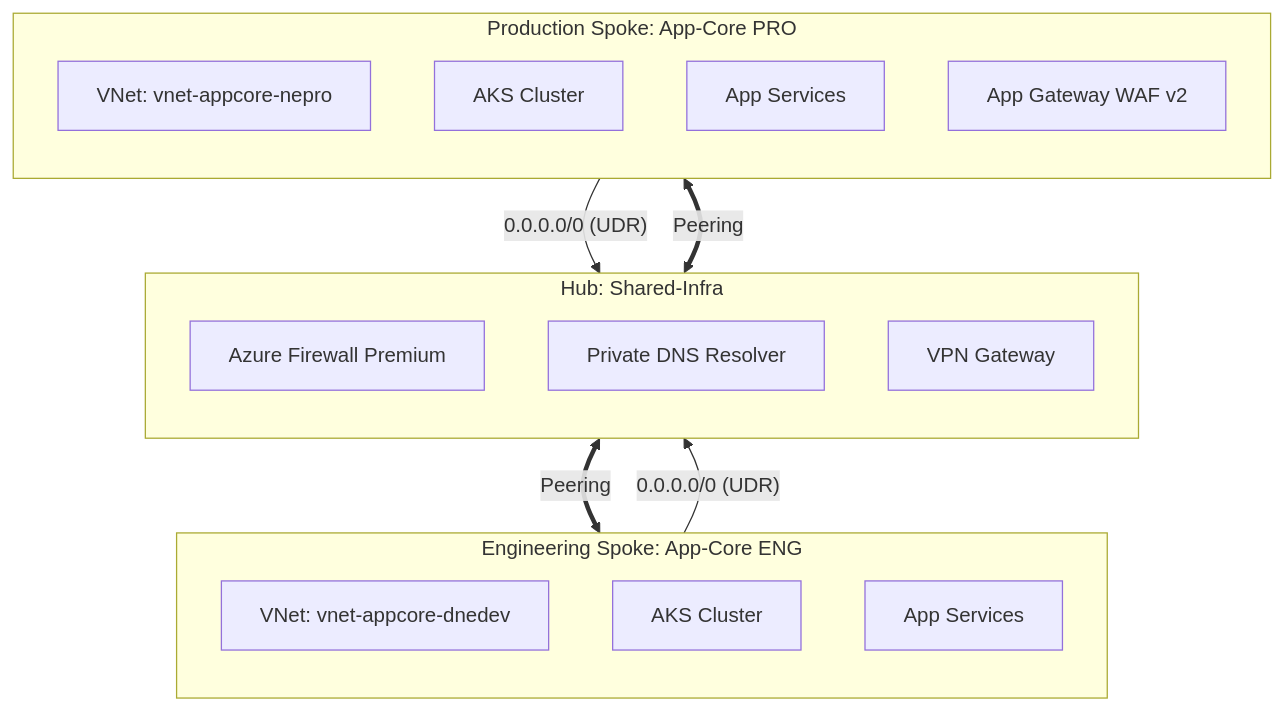
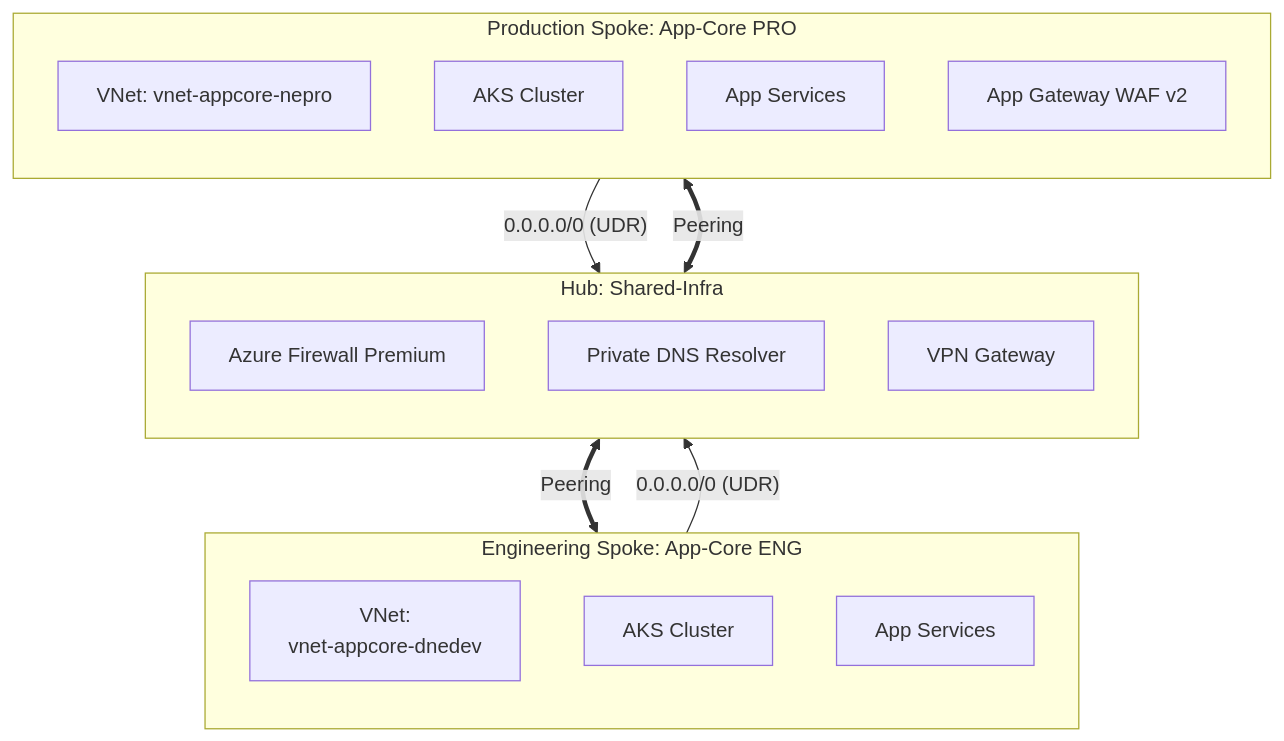
The first of 2 diagrams in docs/311-SHARED_INFRA_NETWORKING_HUB_SPOKE_BACKBONE.md (nubenetes/terraform-azure-devops-agentic), drawn with Mermaid before and after one commit. The commit also changed other lines of this file and 23 other files, not shown here.

Commit message:
docs: establish automated Mermaid validator and eliminate text clipping repo-wide

````diff
--- a/docs/311-SHARED_INFRA_NETWORKING_HUB_SPOKE_BACKBONE.md
+++ b/docs/311-SHARED_INFRA_NETWORKING_HUB_SPOKE_BACKBONE.md
@@ -39,26 +39,26 @@
 ```mermaid
 graph TD
     subgraph HUB [Hub: Shared-Infra]
         direction TB
         FW[Azure Firewall Premium]
         DNS_RES[Private DNS Resolver]
         VPN[VPN Gateway]
     end
     subgraph ENG_SPOKE [Engineering Spoke: App-Core ENG]
         direction TB
-        VNET_E[VNet: vnet-appcore-dnedev]
+        VNET_E[VNet:<br/>vnet-appcore-dnedev]
         AKS_E[AKS Cluster]
         APP_E[App Services]
     end
     subgraph PRO_SPOKE [Production Spoke: App-Core PRO]
         direction TB
         VNET_P[VNet: vnet-appcore-nepro]
         AKS_P[AKS Cluster]
         APP_P[App Services]
         WAF[App Gateway WAF v2]
     end
     HUB <==> |Peering| VNET_E
     HUB <==> |Peering| VNET_P
     VNET_E -- "0.0.0.0/0 (UDR)" --> FW
     VNET_P -- "0.0.0.0/0 (UDR)" --> FW
 ```
````
